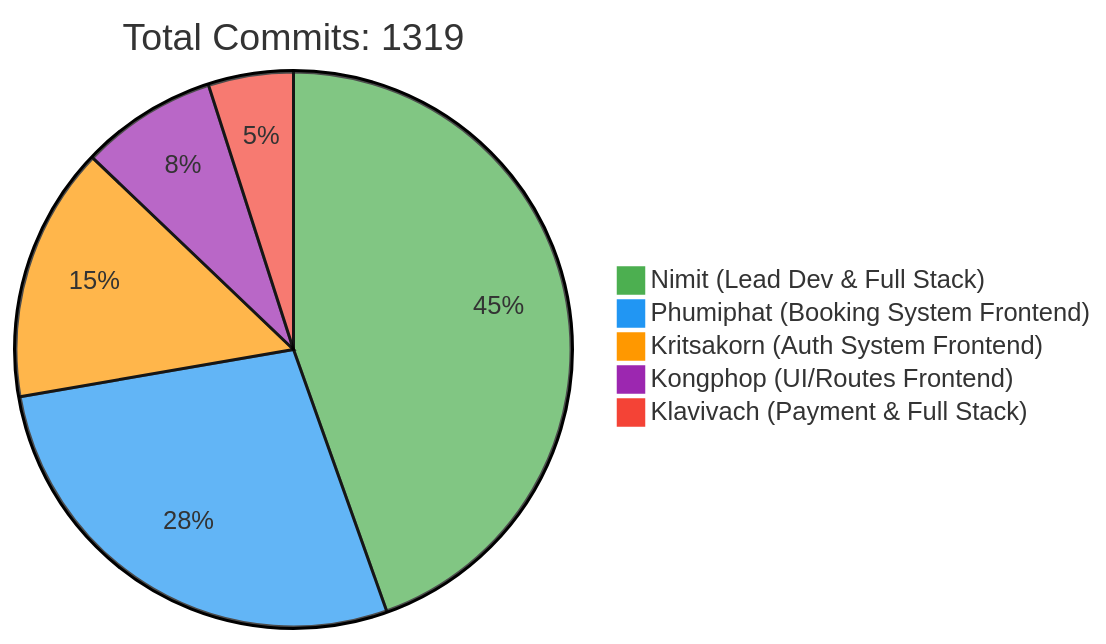
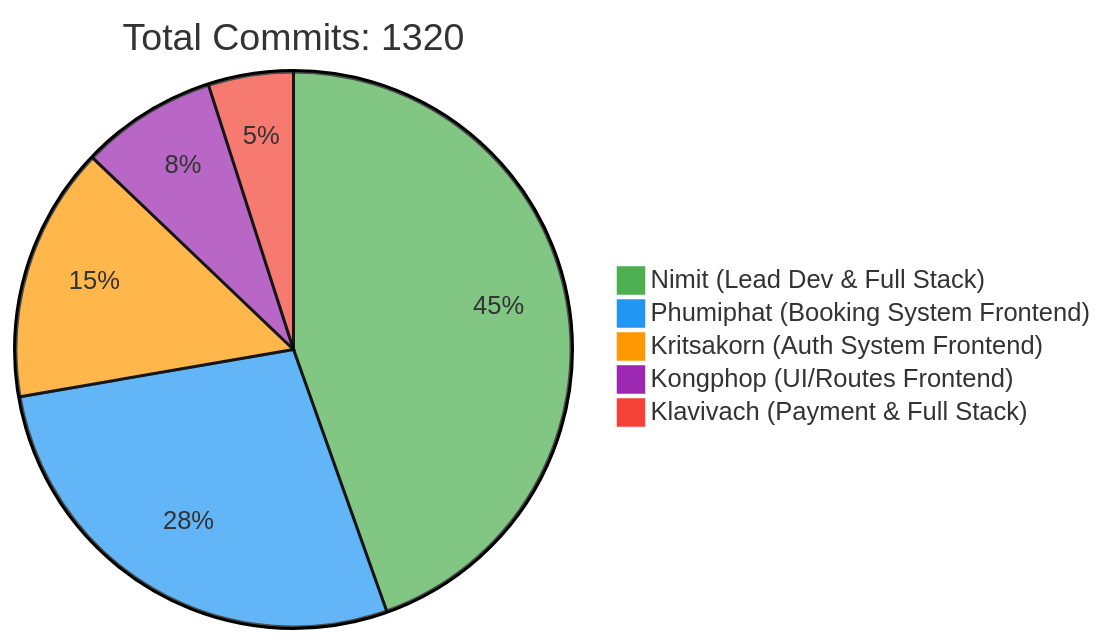
The first of 2 diagrams in README.md (6531503042/Sport-Complex), drawn with Mermaid before and after one commit. The commit also changed other lines of this file, not shown here.

Commit message:
docs: Update contributor statistics [skip ci]

````diff
--- a/README.md
+++ b/README.md
@@ -257,10 +257,10 @@
 ```mermaid
 %%{init: {'theme': 'base', 'themeVariables': { 'pie1': '#4CAF50', 'pie2': '#2196F3', 'pie3': '#FF9800', 'pie4': '#9C27B0', 'pie5': '#F44336'}}}%%
 pie
-    title Total Commits: 1319
+    title Total Commits: 1320
     "Nimit (Lead Dev & Full Stack)" : 450
     "Phumiphat (Booking System Frontend)" : 280
     "Kritsakorn (Auth System Frontend)" : 150
     "Kongphop (UI/Routes Frontend)" : 80
     "Klavivach (Payment & Full Stack)" : 50
 ```
````
